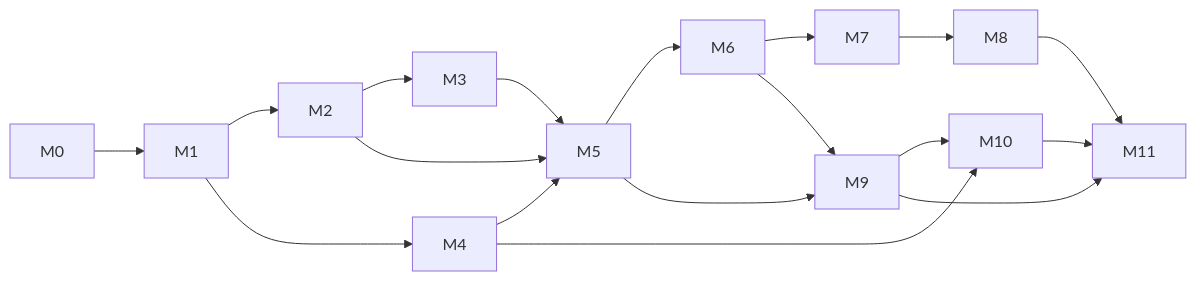
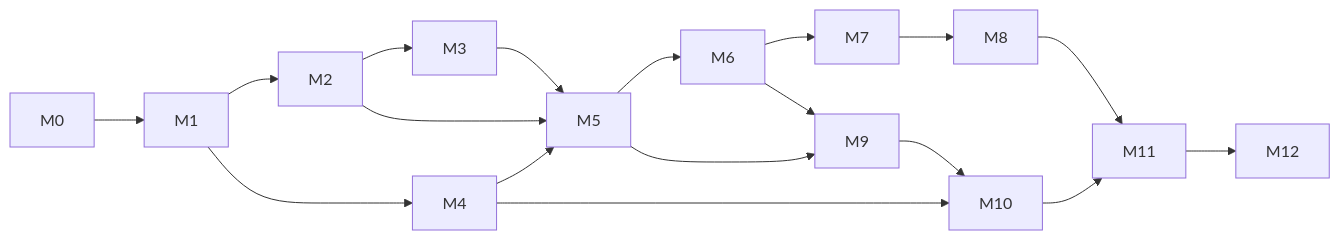
One commit to shuichi/inkpod changed the second of 2 diagrams in MACOS.md. Above: the diagram before and after it, drawn with Mermaid. The commit also changed other lines of this file and 28 other files, not shown here.

````diff
--- a/MACOS.md
+++ b/MACOS.md
@@ -450,20 +454,20 @@
 ```mermaid
 flowchart LR
     M0 --> M1
     M1 --> M2
     M1 --> M4
     M2 --> M3
     M2 --> M5
     M3 --> M5
     M4 --> M5
     M5 --> M6
     M6 --> M7
     M7 --> M8
     M5 --> M9
     M6 --> M9
     M4 --> M10
     M9 --> M10
     M8 --> M11
-    M9 --> M11
     M10 --> M11
+    M11 --> M12
 ```
````
